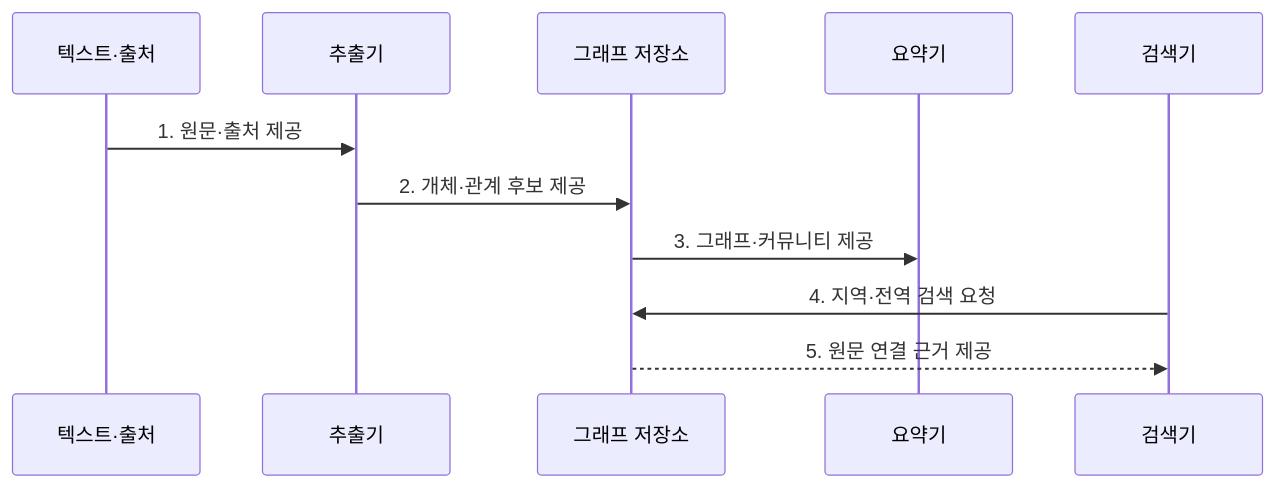
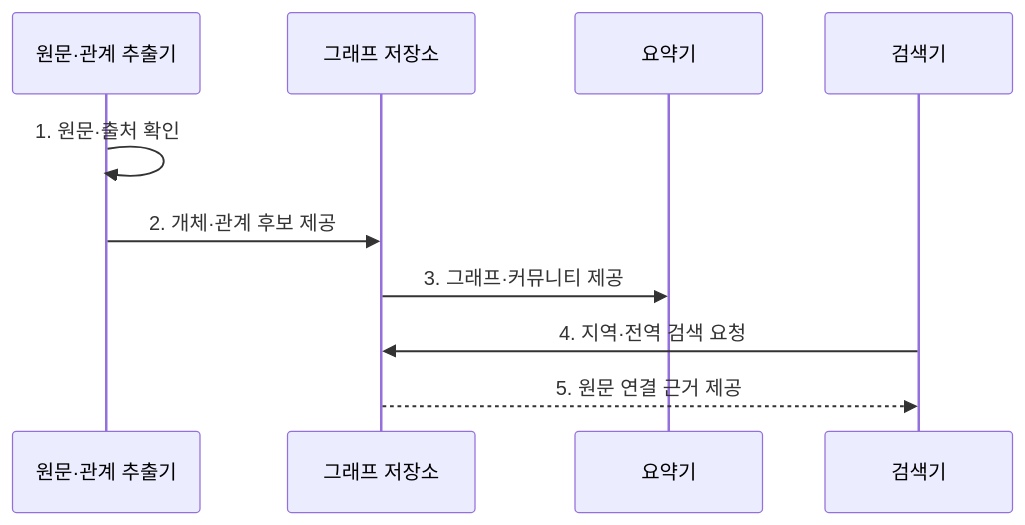
The second of 2 diagrams in src/content/docs/notes/08-latest-tech/072_graph_rag.md (agnusdei1207/knowledge-base), drawn with Mermaid before and after one commit. The commit also changed other lines of this file and 9 other files, not shown here.

Commit message:
Reduce AI pipeline flow participants

````diff
--- a/src/content/docs/notes/08-latest-tech/072_graph_rag.md
+++ b/src/content/docs/notes/08-latest-tech/072_graph_rag.md
@@ -103,13 +103,12 @@
 ```mermaid
 sequenceDiagram
-  participant S as 텍스트·출처
-  participant X as 추출기
+  participant X as 원문·관계 추출기
   participant G as 그래프 저장소
   participant C as 요약기
   participant R as 검색기
-  S->>X: 1. 원문·출처 제공
+  X->>X: 1. 원문·출처 확인
   X->>G: 2. 개체·관계 후보 제공
   G->>C: 3. 그래프·커뮤니티 제공
   R->>G: 4. 지역·전역 검색 요청
   G-->>R: 5. 원문 연결 근거 제공
 ```
````
